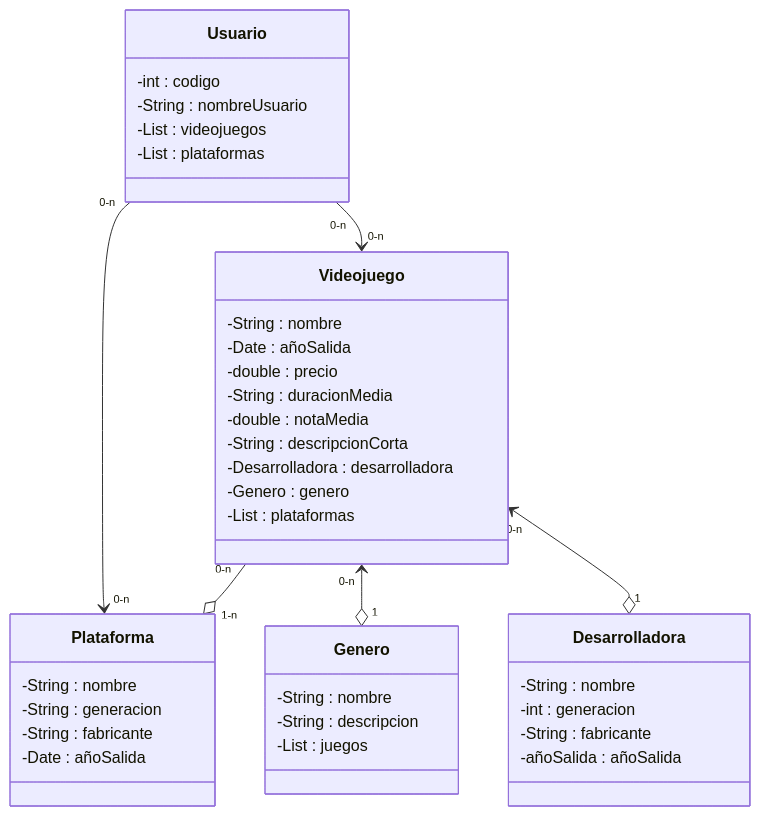
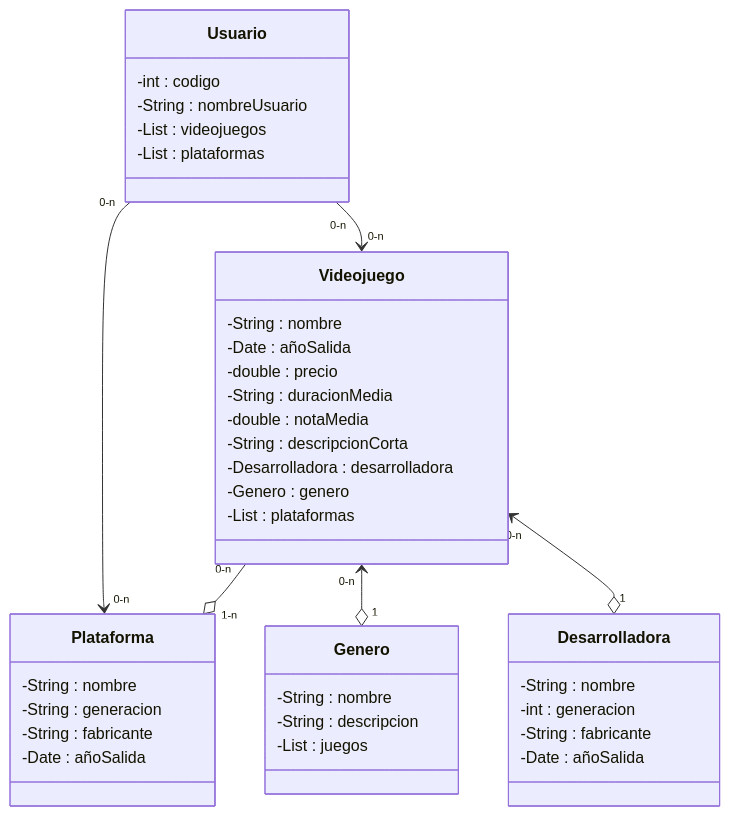
Before and after one commit to Lepipae/programavideojuegos: the diagram in README.md, drawn with Mermaid. The commit also changed other lines of this file and 1 other file, not shown here.

````diff
--- a/README.md
+++ b/README.md
@@ -4,48 +20,48 @@
 ```mermaid
 classDiagram
 
     Usuario "0-n" --> "0-n" Videojuego
     Usuario "0-n" --> "0-n" Plataforma
     Videojuego "0-n" --o "1-n" Plataforma
     Videojuego "0-n" <--o "1" Genero
     Videojuego "0-n" <--o "1" Desarrolladora
 
 class Usuario {
     -int : codigo
     -String : nombreUsuario
     -List<Videojuego> : videojuegos
     -List<Plataforma> : plataformas
 }
 
 class Videojuego {
     -String : nombre
     -Date : añoSalida
     -double : precio
     -String : duracionMedia
     -double : notaMedia
     -String : descripcionCorta
     -Desarrolladora : desarrolladora
     -Genero : genero
     -List<Plataforma> : plataformas
 }
 
 class Desarrolladora {
     -String : nombre
     -int : generacion
     -String : fabricante
-    -añoSalida : añoSalida
+    -Date : añoSalida
 }
 
 class Genero {
     -String : nombre
     -String : descripcion
     -List<Videojuego> : juegos
 }
 
 class Plataforma {
     -String : nombre
     -String : generacion
     -String : fabricante
     -Date : añoSalida
 }
 ```
````
